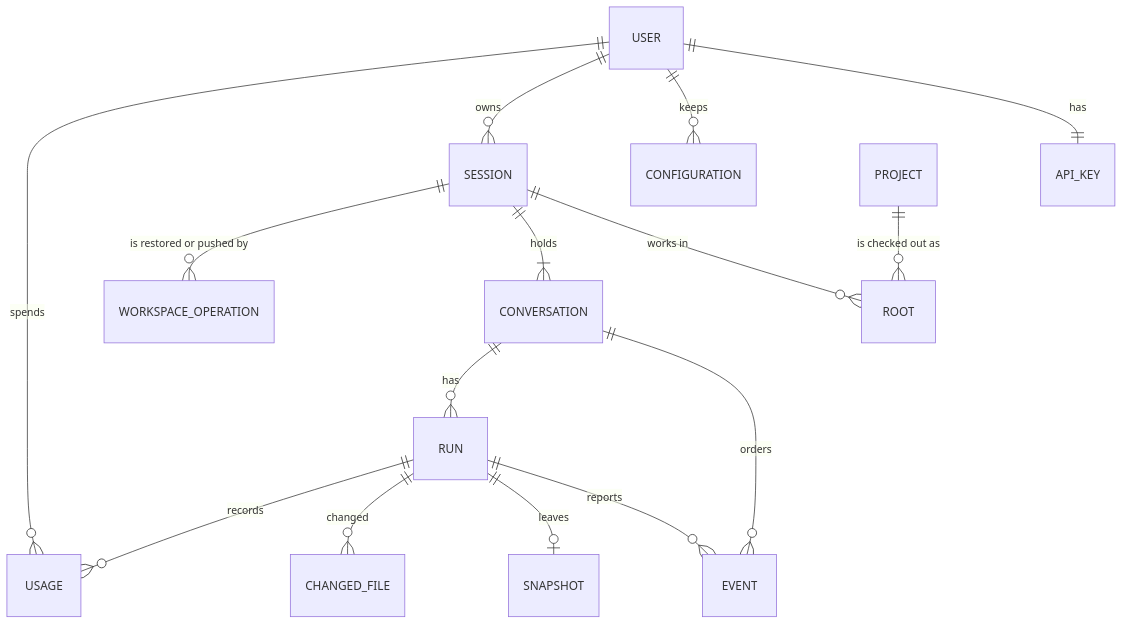
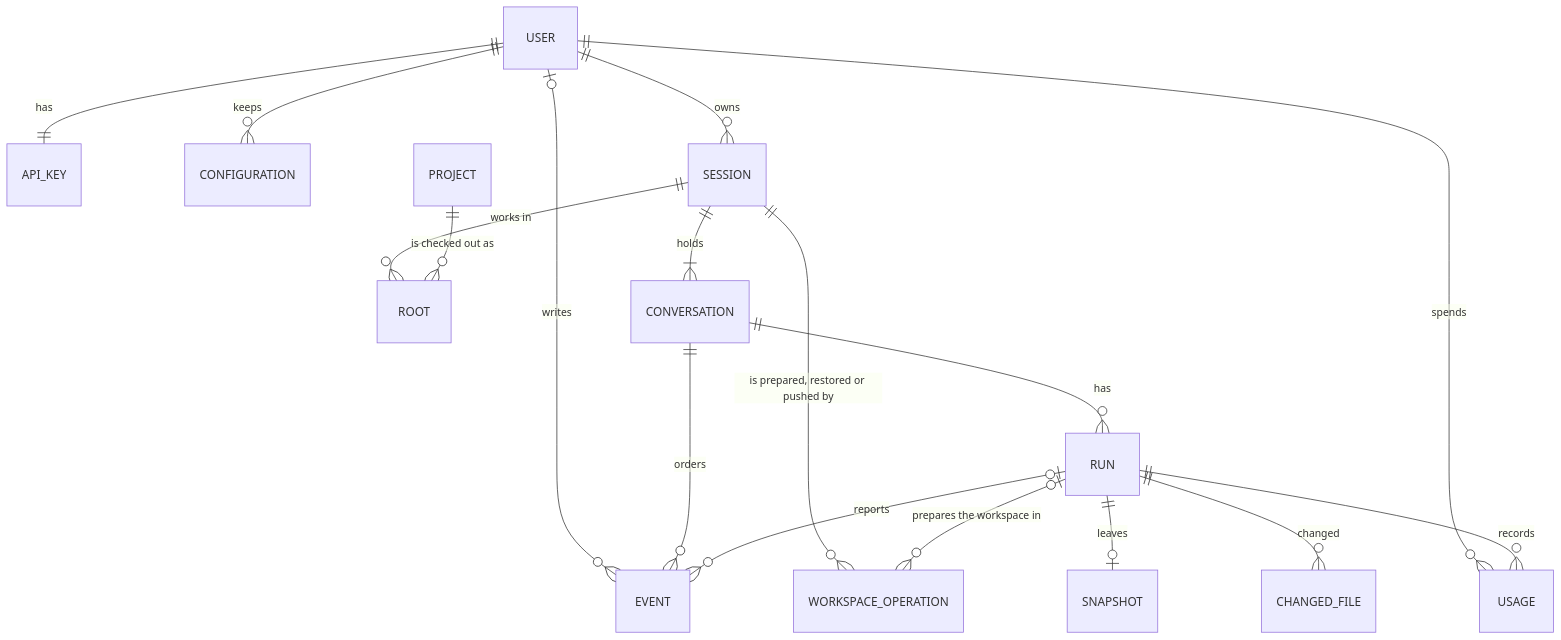
One commit to Mikode13/harness-docs changed the diagram in design/data-model.md. Above: the diagram before and after it, drawn with Mermaid. The commit also changed other lines of this file and 4 other files, not shown here.

````diff
--- a/design/data-model.md
+++ b/design/data-model.md
@@ -17,17 +17,19 @@
 ```mermaid
 erDiagram
     USER ||--|| API_KEY : "has"
     USER ||--o{ CONFIGURATION : "keeps"
     USER ||--o{ SESSION : "owns"
     USER ||--o{ USAGE : "spends"
+    USER |o--o{ EVENT : "writes"
     SESSION ||--o{ ROOT : "works in"
     PROJECT ||--o{ ROOT : "is checked out as"
     SESSION ||--|{ CONVERSATION : "holds"
-    SESSION ||--o{ WORKSPACE_OPERATION : "is restored or pushed by"
+    SESSION ||--o{ WORKSPACE_OPERATION : "is prepared, restored or pushed by"
+    RUN |o--o{ WORKSPACE_OPERATION : "prepares the workspace in"
     CONVERSATION ||--o{ EVENT : "orders"
     CONVERSATION ||--o{ RUN : "has"
-    RUN ||--o{ EVENT : "reports"
+    RUN |o--o{ EVENT : "reports"
     RUN ||--o| SNAPSHOT : "leaves"
     RUN ||--o{ CHANGED_FILE : "changed"
     RUN ||--o{ USAGE : "records"
 ```
````
